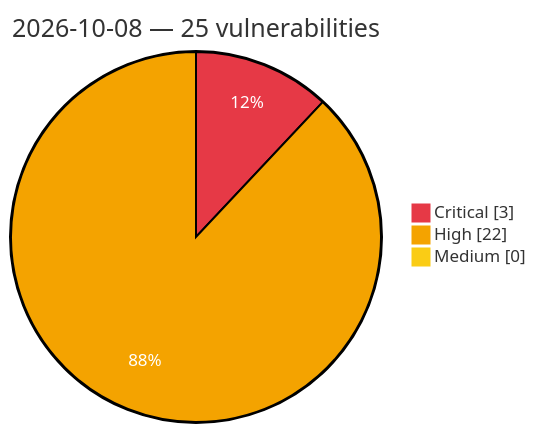
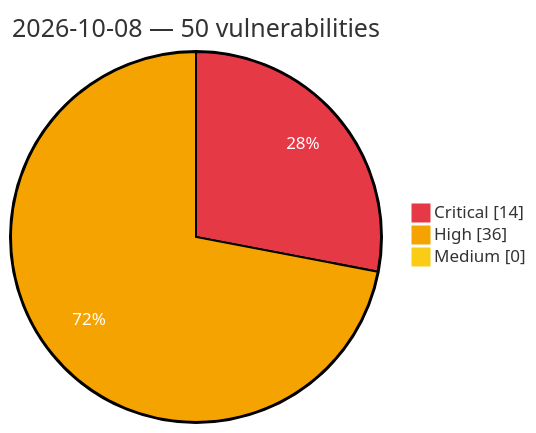
Before and after one commit to GhostX0X/vuln-tracker: the diagram in vulnerabilities/2026/October/2026-10-08.md, drawn with Mermaid. The commit also changed other lines of this file and 5 other files, not shown here.

Commit message:
Auto update: critical/high vulns (2026-10-08 15:29 UTC)

````diff
--- a/vulnerabilities/2026/October/2026-10-08.md
+++ b/vulnerabilities/2026/October/2026-10-08.md
@@ -3,8 +3,8 @@
 ```mermaid
 %%{init: {'theme':'base', 'themeVariables': {'pie1':'#e63946', 'pie2':'#f4a300', 'pie3':'#facc15', 'pieOpacity':'1', 'pieOuterStrokeWidth':'2px', 'pieSectionTextColor':'#ffffff'}}}%%
 pie showData
-    title 2026-10-08 — 25 vulnerabilities
-    "Critical" : 3
-    "High" : 22
+    title 2026-10-08 — 50 vulnerabilities
+    "Critical" : 14
+    "High" : 36
     "Medium" : 0
 ```
````
